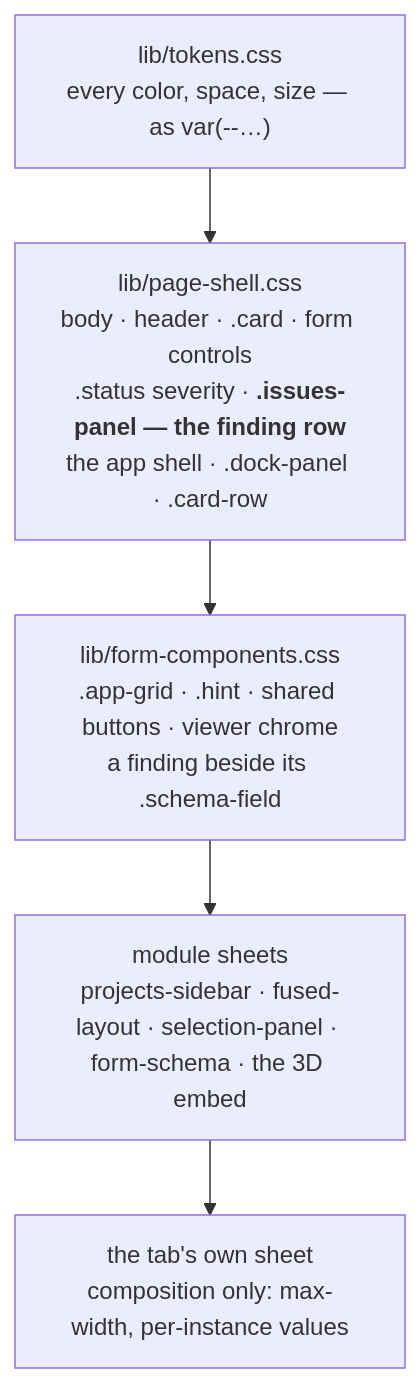
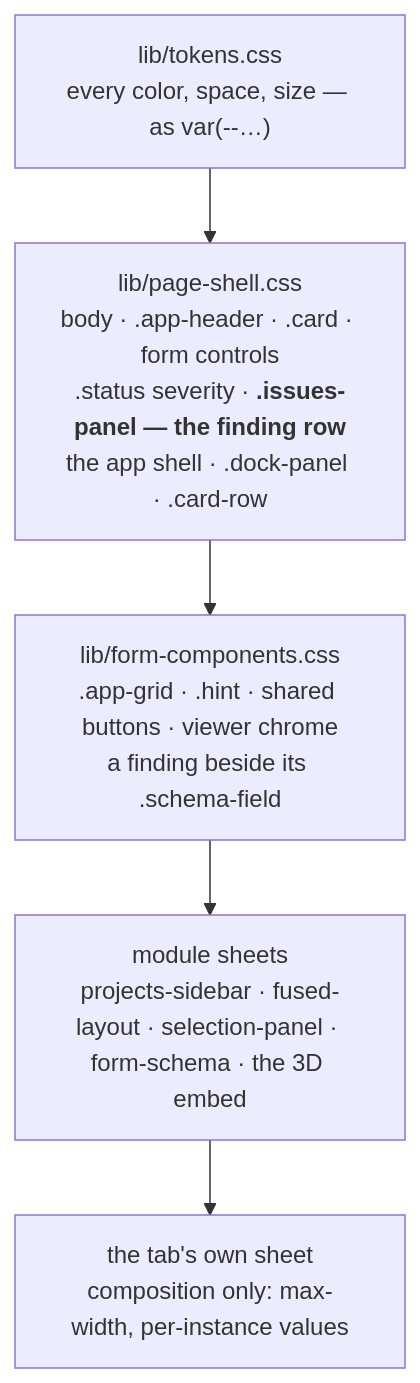
Before and after one commit to Qing-LAB/molbuilder: the diagram in docs/web/ui-contract.md, drawn with Mermaid. The commit also changed other lines of this file and 58 other files, not shown here.

````diff
--- a/docs/web/ui-contract.md
+++ b/docs/web/ui-contract.md
@@ -21,9 +21,9 @@
 ```mermaid
 flowchart TD
   T["lib/tokens.css<br/>every color, space, size — as var(--…)"]
-  PS["lib/page-shell.css<br/>body · header · .card · form controls<br/>.status severity · <b>.issues-panel — the finding row</b><br/>the app shell · .dock-panel · .card-row"]
+  PS["lib/page-shell.css<br/>body · .app-header · .card · form controls<br/>.status severity · <b>.issues-panel — the finding row</b><br/>the app shell · .dock-panel · .card-row"]
   FC["lib/form-components.css<br/>.app-grid · .hint · shared buttons · viewer chrome<br/>a finding beside its .schema-field"]
   M["module sheets<br/>projects-sidebar · fused-layout · selection-panel · form-schema · the 3D embed"]
   P["the tab's own sheet<br/>composition only: max-width, per-instance values"]
   T --> PS --> FC --> M --> P
 ```
````
